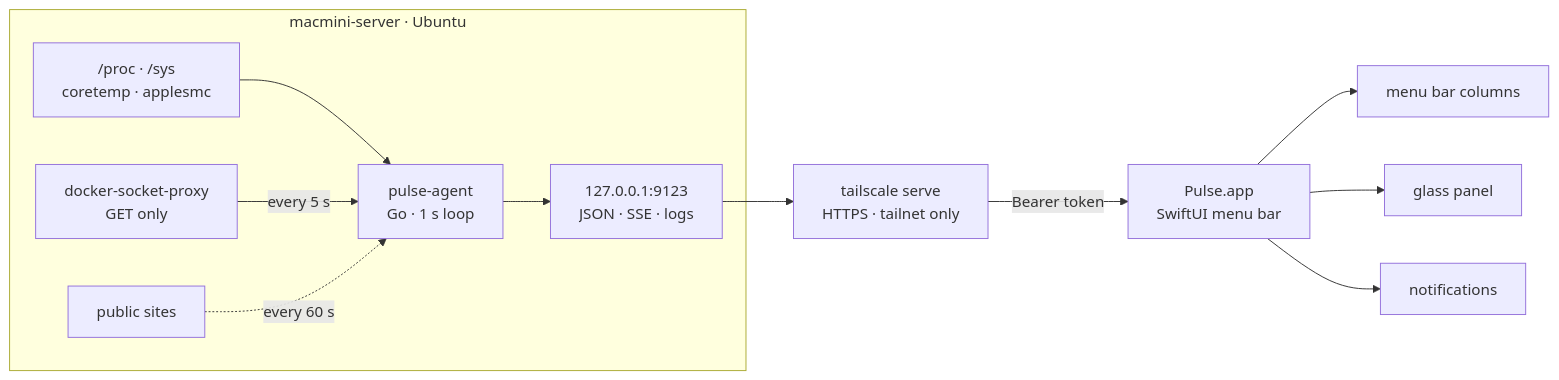
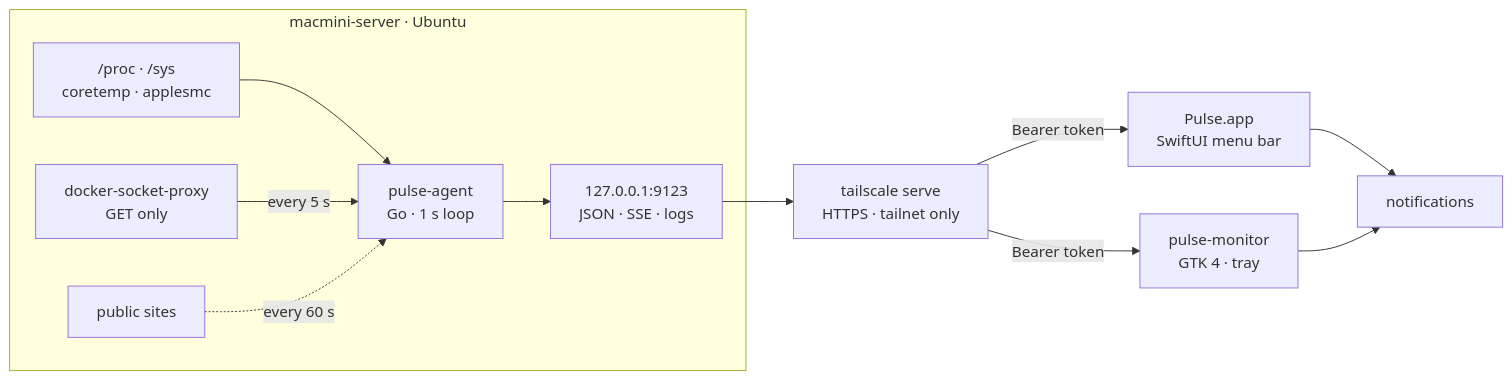
The diagram in README.md (kutluhangil/Pulse), drawn with Mermaid before and after one commit. The commit also changed other lines of this file and 122 other files, not shown here.

````diff
--- a/README.md
+++ b/README.md
@@ -58,14 +84,14 @@
 ```mermaid
 flowchart LR
   subgraph server["macmini-server · Ubuntu"]
     proc["/proc · /sys<br/>coretemp · applesmc"] --> agent["pulse-agent<br/>Go · 1 s loop"]
     proxy["docker-socket-proxy<br/>GET only"] -->|every 5 s| agent
     sites["public sites"] -.->|every 60 s| agent
     agent --> api["127.0.0.1:9123<br/>JSON · SSE · logs"]
   end
   api --> ts["tailscale serve<br/>HTTPS · tailnet only"]
   ts -->|Bearer token| app["Pulse.app<br/>SwiftUI menu bar"]
-  app --> bar["menu bar columns"]
-  app --> panel["glass panel"]
+  ts -->|Bearer token| gtk["pulse-monitor<br/>GTK 4 · tray"]
   app --> notes["notifications"]
+  gtk --> notes
 ```
````
